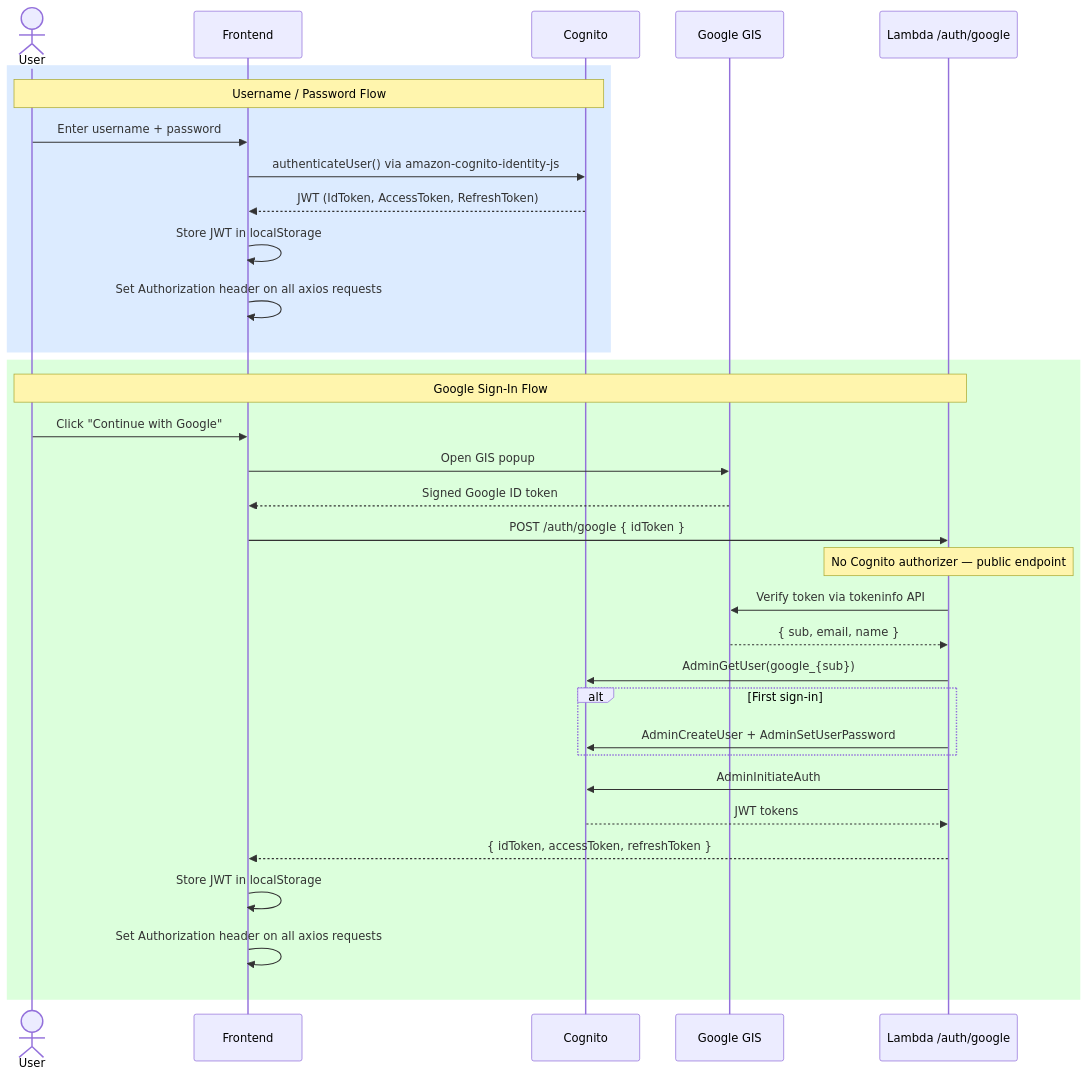
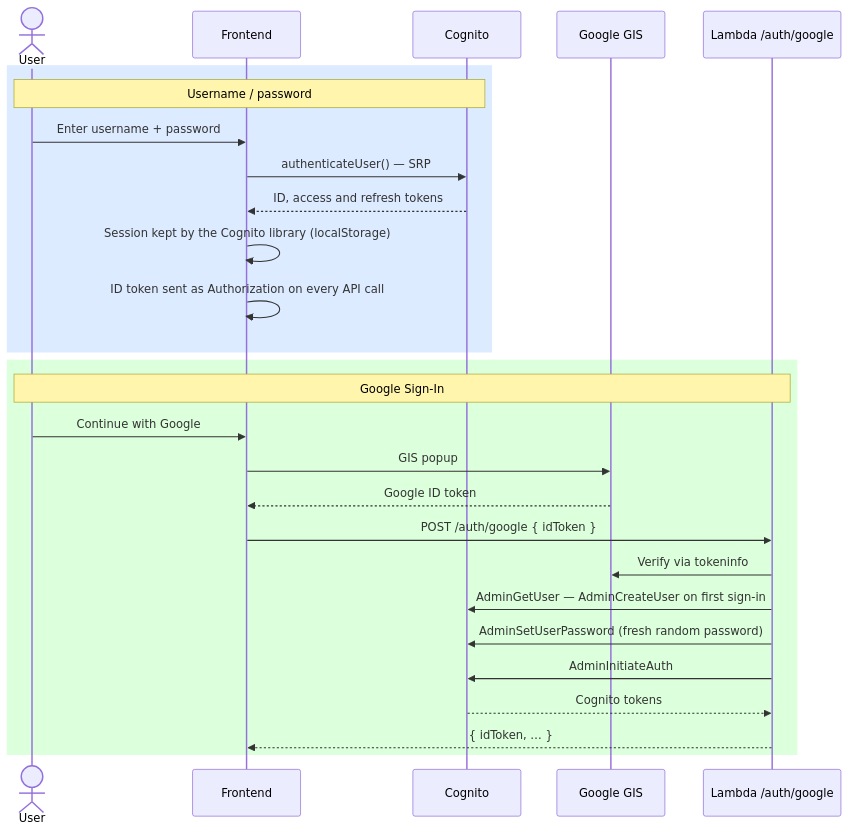
The third of 5 diagrams in README.md (mnenciulescu/Finance4Tura), drawn with Mermaid before and after one commit. The commit also changed other lines of this file and 9 other files, not shown here.

````diff
--- a/README.md
+++ b/README.md
@@ -198,37 +206,31 @@
 ```mermaid
 sequenceDiagram
     actor U as User
     participant F as Frontend
     participant C as Cognito
     participant G as Google GIS
     participant L as Lambda /auth/google
 
     rect rgb(220, 235, 255)
-        Note over U,C: Username / Password Flow
+        Note over U,C: Username / password
         U->>F: Enter username + password
-        F->>C: authenticateUser() via amazon-cognito-identity-js
-        C-->>F: JWT (IdToken, AccessToken, RefreshToken)
-        F->>F: Store JWT in localStorage
-        F->>F: Set Authorization header on all axios requests
+        F->>C: authenticateUser() — SRP
+        C-->>F: ID, access and refresh tokens
+        F->>F: Session kept by the Cognito library (localStorage)
+        F->>F: ID token sent as Authorization on every API call
     end
 
     rect rgb(220, 255, 220)
-        Note over U,L: Google Sign-In Flow
-        U->>F: Click "Continue with Google"
-        F->>G: Open GIS popup
-        G-->>F: Signed Google ID token
+        Note over U,L: Google Sign-In
+        U->>F: Continue with Google
+        F->>G: GIS popup
+        G-->>F: Google ID token
         F->>L: POST /auth/google { idToken }
-        Note over L: No Cognito authorizer — public endpoint
-        L->>G: Verify token via tokeninfo API
-        G-->>L: { sub, email, name }
-        L->>C: AdminGetUser(google_{sub})
-        alt First sign-in
-            L->>C: AdminCreateUser + AdminSetUserPassword
-        end
+        L->>G: Verify via tokeninfo
+        L->>C: AdminGetUser — AdminCreateUser on first sign-in
+        L->>C: AdminSetUserPassword (fresh random password)
         L->>C: AdminInitiateAuth
-        C-->>L: JWT tokens
-        L-->>F: { idToken, accessToken, refreshToken }
-        F->>F: Store JWT in localStorage
-        F->>F: Set Authorization header on all axios requests
+        C-->>L: Cognito tokens
+        L-->>F: { idToken, … }
     end
 ```
````
